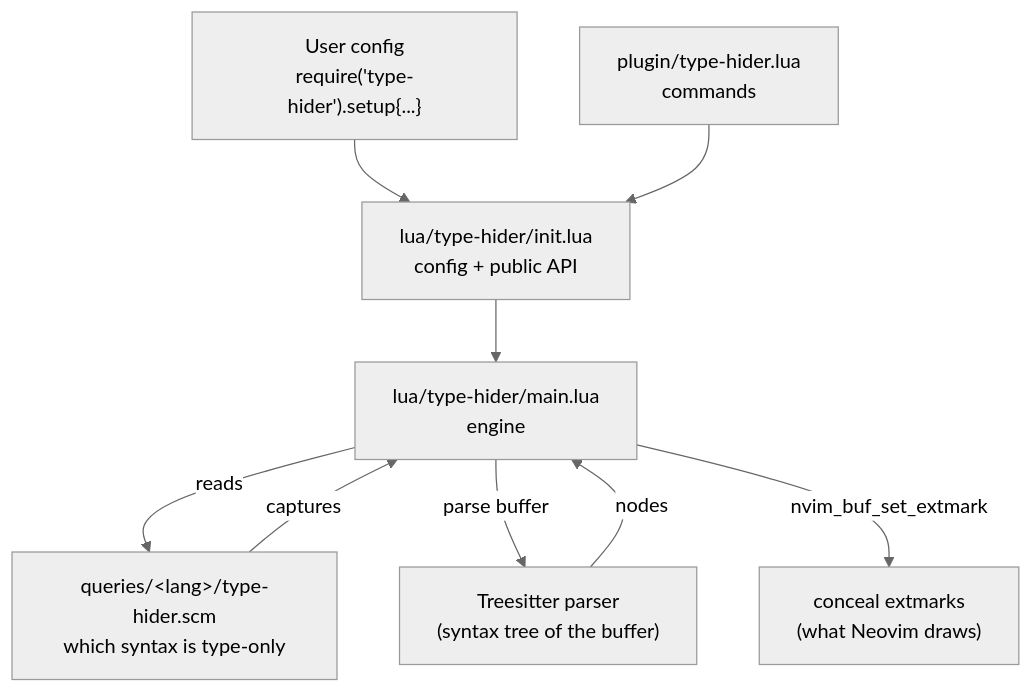
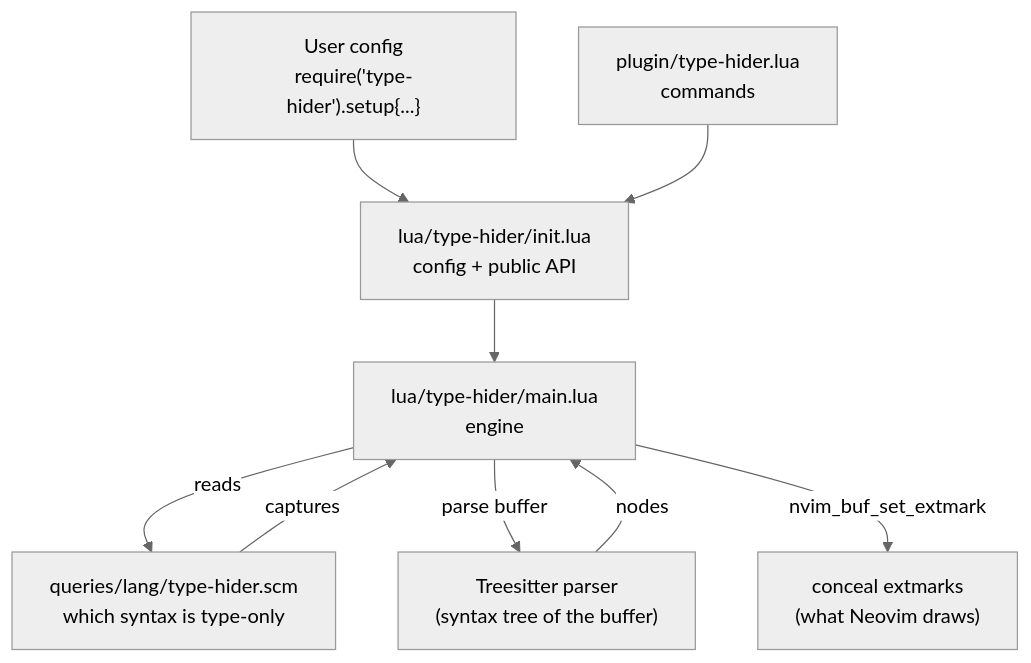
The first of 4 diagrams in doc/architecture.md (Robbson/type-hider.nvim), drawn with Mermaid (neutral theme) before and after one commit. The commit also changed other lines of this file, not shown here.

Commit message:
Fixed mermaid graph rendering issue on Github

````diff
--- a/doc/architecture.md
+++ b/doc/architecture.md
@@ -33,19 +33,19 @@
 ```mermaid
 flowchart TD
     user["User config<br/>require('type-hider').setup{...}"]
     plugin["plugin/type-hider.lua<br/>commands"]
     init["lua/type-hider/init.lua<br/>config + public API"]
     main["lua/type-hider/main.lua<br/>engine"]
-    query["queries/&lt;lang&gt;/type-hider.scm<br/>which syntax is type-only"]
+    query["queries/lang/type-hider.scm<br/>which syntax is type-only"]
     parser["Treesitter parser<br/>(syntax tree of the buffer)"]
     marks["conceal extmarks<br/>(what Neovim draws)"]
 
     user --> init
     plugin --> init
     init --> main
     main -- reads --> query
     main -- parse buffer --> parser
     parser -- nodes --> main
     query -- captures --> main
     main -- nvim_buf_set_extmark --> marks
 ```
````
